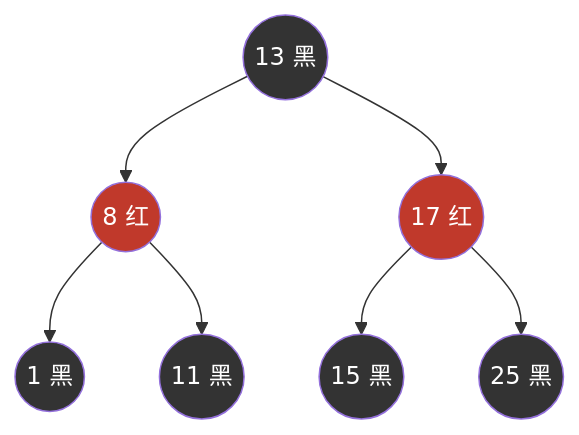
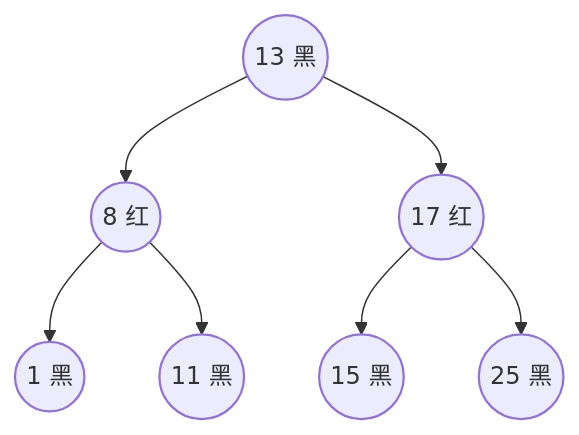
The first of 2 diagrams in src/content/docs/java/basic/collection/04-red-black-tree.md (Loadhao/ascension), drawn with Mermaid before and after one commit. The commit also changed 87 other files, not shown here.

First line of the commit message:
fix: 全站图表配色改由主题接管，修复暗色主题下浅底浅字看不清

````diff
--- a/src/content/docs/java/basic/collection/04-red-black-tree.md
+++ b/src/content/docs/java/basic/collection/04-red-black-tree.md
@@ -41,17 +41,19 @@
 ```mermaid
 flowchart TB
     B13((13 黑)) --> R8((8 红))
     B13 --> R17((17 红))
     R8 --> B1((1 黑))
     R8 --> B11((11 黑))
     R17 --> B15((15 黑))
     R17 --> B25((25 黑))
 
-    style B13 fill:#333,color:#fff
-    style R8 fill:#c0392b,color:#fff
-    style R17 fill:#c0392b,color:#fff
-    style B1 fill:#333,color:#fff
-    style B11 fill:#333,color:#fff
-    style B15 fill:#333,color:#fff
-    style B25 fill:#333,color:#fff
+    class B13 rb-black
+    class R8 rb-red
+    class R17 rb-red
+    class B1 rb-black
+    class B11 rb-black
+    class B15 rb-black
+    class B25 rb-black
+    classDef rb-black stroke-width:1.5px
+    classDef rb-red stroke-width:1.5px
 ```
````
